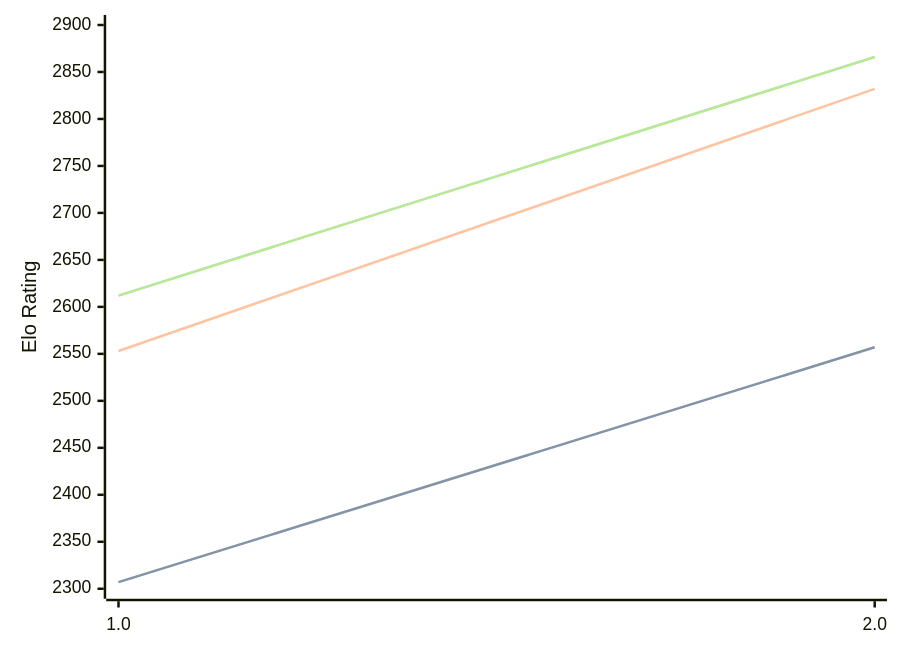
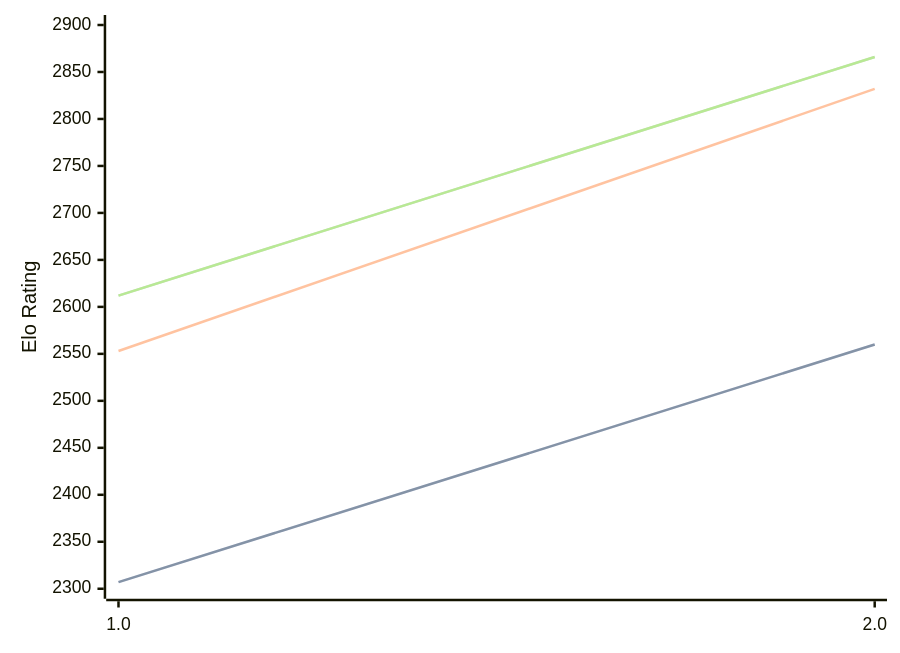
The diagram in engines/Revolver.md (computer-chess-index/cci), drawn with Mermaid before and after one commit. The commit also changed other lines of this file, not shown here.

````diff
--- a/engines/Revolver.md
+++ b/engines/Revolver.md
@@ -32,11 +32,11 @@
 ```mermaid
 %%{init: {"theme":"base","themeVariables":{"seriesColors:['#a3a3a3','#222221','#faa371']}}}%%
 xychart-beta
   x-axis ["1.0", "2.0"]
   y-axis "Elo Rating" 2300 --> 2900
-  line "STC (8.0+0.08s)" [2307, 2557]
-  line "STC (8.0+0.08s)" [2307, 2557]
+  line "STC (8.0+0.08s)" [2307, 2560]
+  line "STC (8.0+0.08s)" [2307, 2560]
   line "LTC (60.0+0.60s)" [2553, 2832]
   line "VLTC (2m24s+1.12s)" [2612, 2866]
   line "VLTC (2m24s+1.12s)" [2612, 2866]
 ```
````
